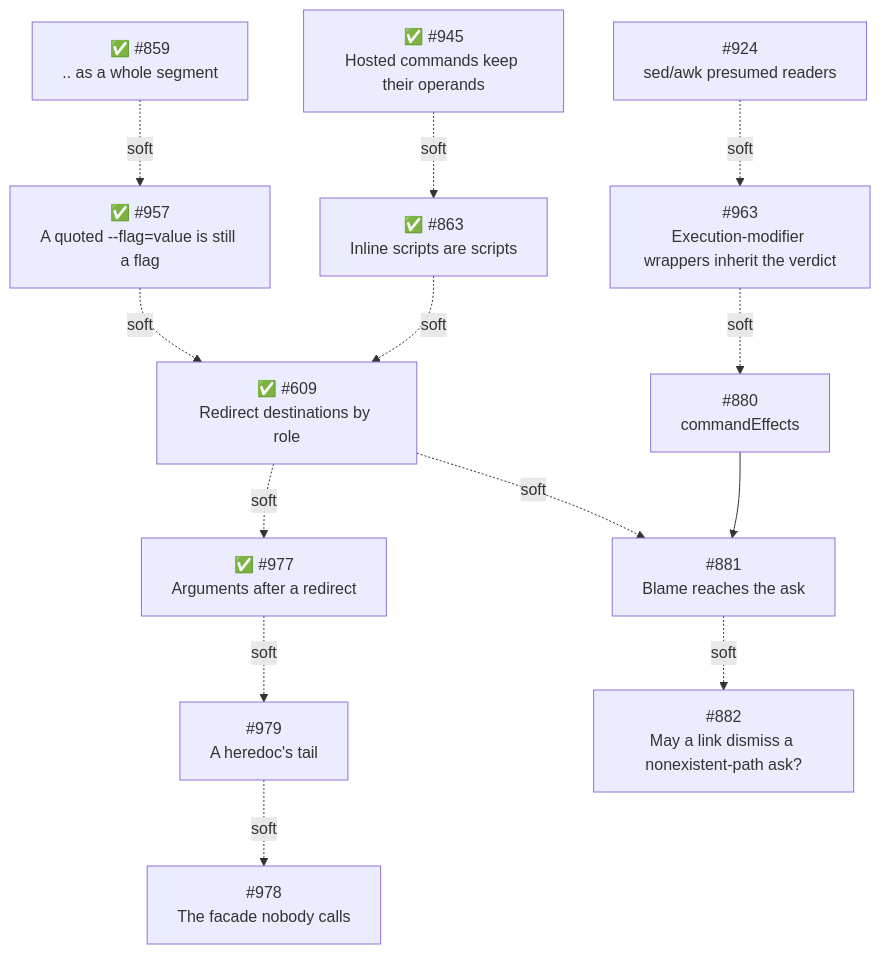
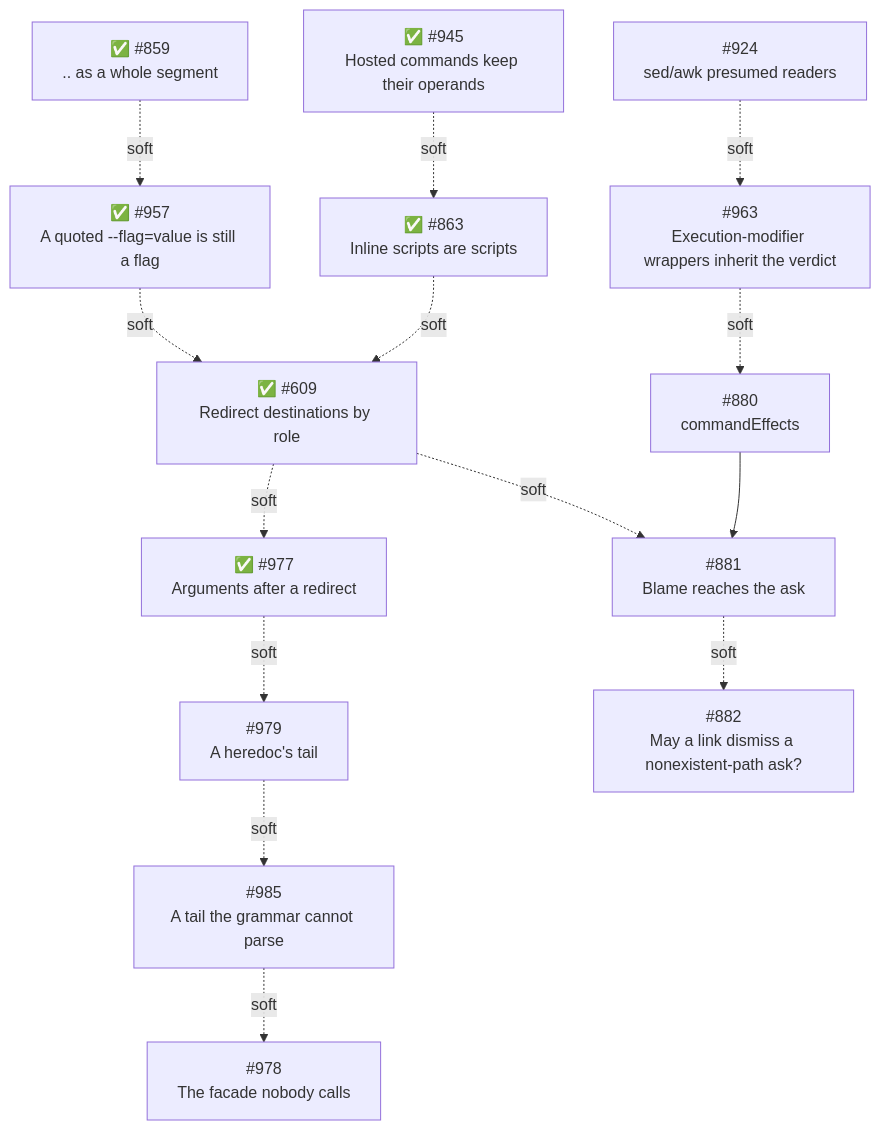
The fourth of 4 diagrams in packages/pi-permission-system/docs/architecture/architecture.md (44madfire/pi-packages), drawn with Mermaid before and after one commit. The commit also changed other lines of this file, not shown here.

````diff
--- a/packages/pi-permission-system/docs/architecture/architecture.md
+++ b/packages/pi-permission-system/docs/architecture/architecture.md
@@ -1570,15 +1590,16 @@
 ```mermaid
 flowchart TD
     S945["✅ #945<br/>Hosted commands keep their operands"] -.soft.-> S863["✅ #863<br/>Inline scripts are scripts"]
     S863 -.soft.-> S609["✅ #609<br/>Redirect destinations by role"]
     S859["✅ #859<br/>.. as a whole segment"] -.soft.-> S957["✅ #957<br/>A quoted --flag=value is still a flag"]
     S957 -.soft.-> S609
     S924["#924<br/>sed/awk presumed readers"] -.soft.-> S963["#963<br/>Execution-modifier wrappers inherit the verdict"]
     S963 -.soft.-> S880["#880<br/>commandEffects"]
     S880 --> S881["#881<br/>Blame reaches the ask"]
     S609 -.soft.-> S881
     S609 -.soft.-> S977["✅ #977<br/>Arguments after a redirect"]
     S977 -.soft.-> S979["#979<br/>A heredoc's tail"]
-    S979 -.soft.-> S978["#978<br/>The facade nobody calls"]
+    S979 -.soft.-> S985["#985<br/>A tail the grammar cannot parse"]
+    S985 -.soft.-> S978["#978<br/>The facade nobody calls"]
     S881 -.soft.-> S882["#882<br/>May a link dismiss a nonexistent-path ask?"]
 ```
````
